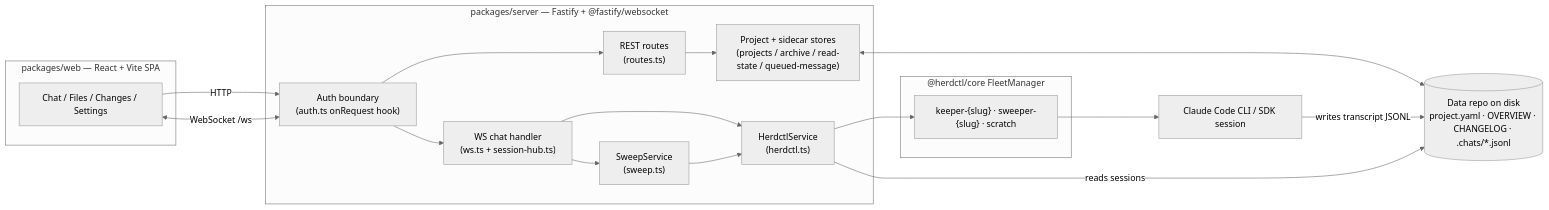
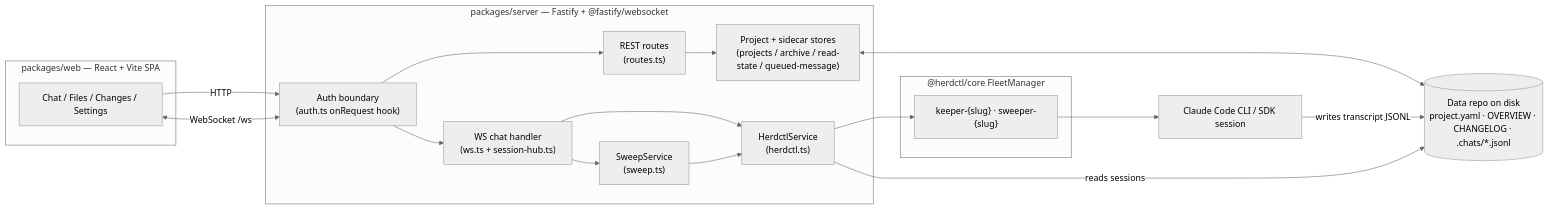
The first of 3 diagrams in docs/ARCHITECTURE.md (edspencer/paddock), drawn with Mermaid (neutral theme) before and after one commit. The commit also changed other lines of this file and 85 other files, not shown here.

````diff
--- a/docs/ARCHITECTURE.md
+++ b/docs/ARCHITECTURE.md
@@ -27,31 +27,31 @@
 ```mermaid
 flowchart LR
   subgraph Browser["packages/web — React + Vite SPA"]
     UI["Chat / Files / Changes / Settings"]
   end
 
   subgraph Server["packages/server — Fastify + @fastify/websocket"]
     Auth["Auth boundary\n(auth.ts onRequest hook)"]
     REST["REST routes\n(routes.ts)"]
     WS["WS chat handler\n(ws.ts + session-hub.ts)"]
     Stores["Project + sidecar stores\n(projects / archive / read-state / queued-message)"]
     Sweep["SweepService\n(sweep.ts)"]
     Herd["HerdctlService\n(herdctl.ts)"]
   end
 
   subgraph Herdctl["@herdctl/core FleetManager"]
-    Agents["keeper-{slug} · sweeper-{slug} · scratch"]
+    Agents["keeper-{slug} · sweeper-{slug}"]
   end
 
   Claude["Claude Code CLI / SDK session"]
   Disk[("Data repo on disk\nproject.yaml · OVERVIEW · CHANGELOG · .chats/*.jsonl")]
 
   UI -->|"HTTP"| Auth --> REST --> Stores
   UI <-->|"WebSocket /ws"| Auth
   Auth --> WS
   WS --> Herd --> Agents --> Claude
   Claude -->|"writes transcript JSONL"| Disk
   WS --> Sweep --> Herd
   Stores <--> Disk
   Herd -->|"reads sessions"| Disk
 ```
````
